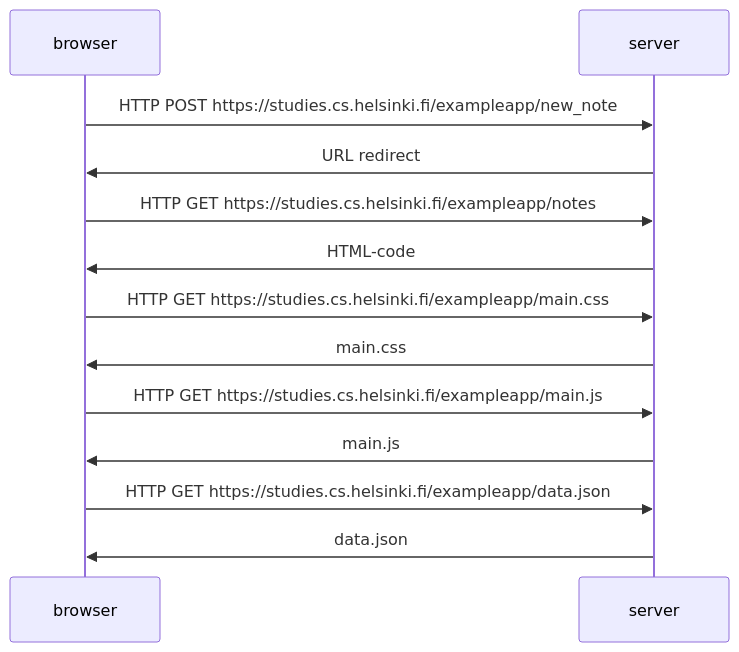
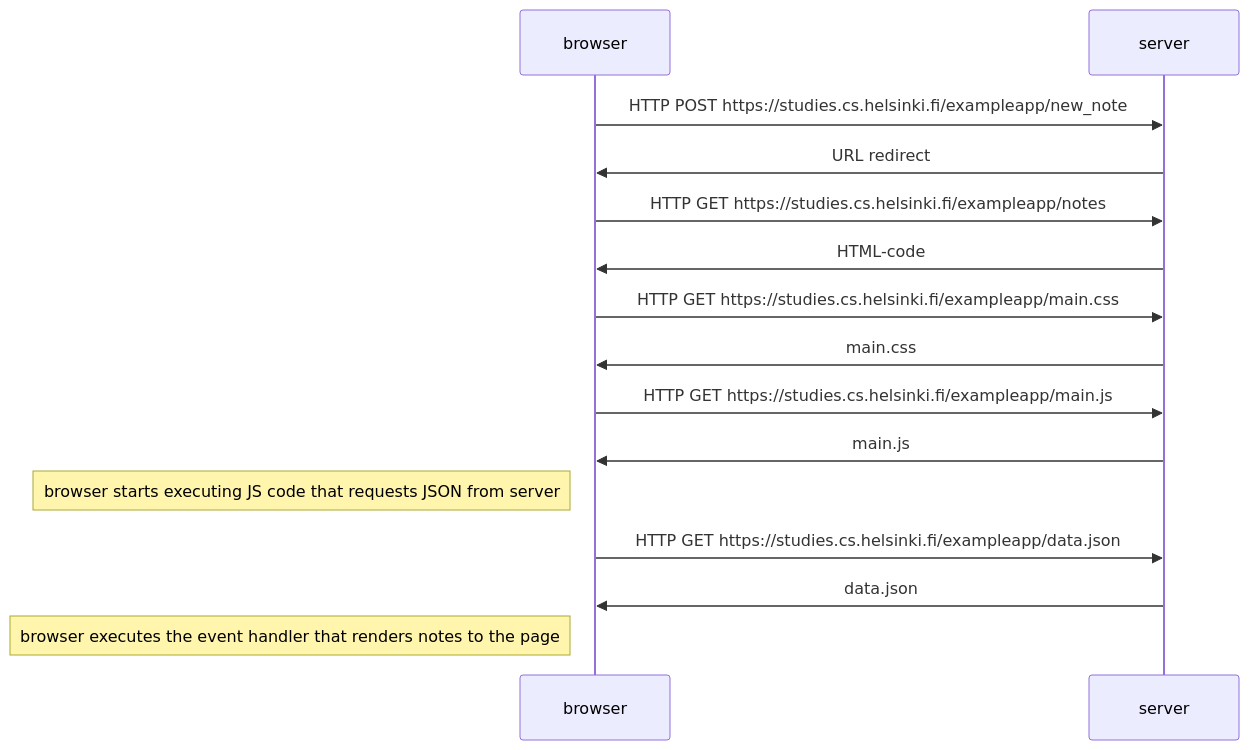
The first of 2 diagrams in part0/README.md (ivcp/fullstackopen), drawn with Mermaid before and after one commit. The commit also changed other lines of this file, not shown here.

````diff
--- a/part0/README.md
+++ b/part0/README.md
@@ -3,13 +3,15 @@
 ```mermaid
 sequenceDiagram
     browser->>server: HTTP POST https://studies.cs.helsinki.fi/exampleapp/new_note
     server->>browser: URL redirect
     browser->>server: HTTP GET https://studies.cs.helsinki.fi/exampleapp/notes
     server->>browser: HTML-code
     browser->>server: HTTP GET https://studies.cs.helsinki.fi/exampleapp/main.css
     server->>browser: main.css
     browser->>server: HTTP GET https://studies.cs.helsinki.fi/exampleapp/main.js
     server->>browser: main.js
+    Note left of browser: browser starts executing JS code that requests JSON from server
     browser->>server: HTTP GET https://studies.cs.helsinki.fi/exampleapp/data.json
     server->>browser: data.json
+    Note left of browser: browser executes the event handler that renders notes to the page
 ```
````
